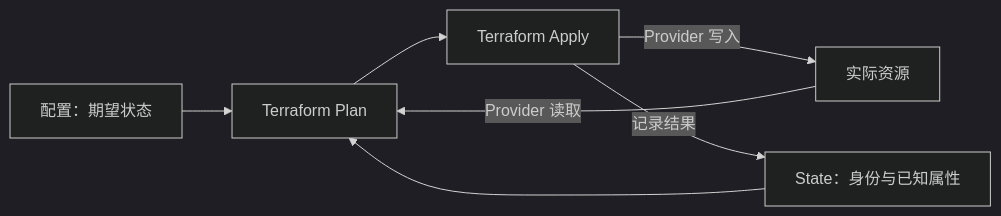
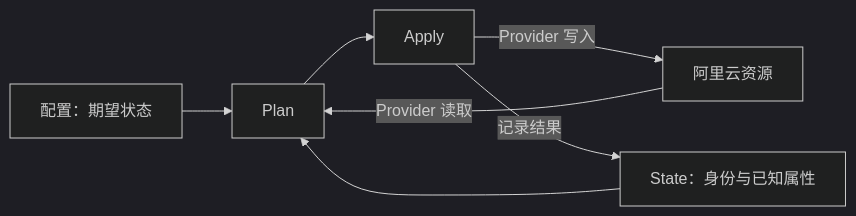
The diagram in IaC/terraform/01_terraform_基础概念与第一个项目.md (hangx969/learning-notes), drawn with Mermaid (dark theme) before and after one commit. The commit also changed other lines of this file and 35 other files, not shown here.

````diff
--- a/IaC/terraform/01_terraform_基础概念与第一个项目.md
+++ b/IaC/terraform/01_terraform_基础概念与第一个项目.md
@@ -63,9 +50,9 @@
 ```mermaid
 flowchart LR
-    C[配置：期望状态] --> P[Terraform Plan]
+    C[配置：期望状态] --> P[Plan]
     S[State：身份与已知属性] --> P
-    R[实际资源] -->|Provider 读取| P
-    P --> A[Terraform Apply]
+    R[阿里云资源] -->|Provider 读取| P
+    P --> A[Apply]
     A -->|Provider 写入| R
     A -->|记录结果| S
 ```
````
